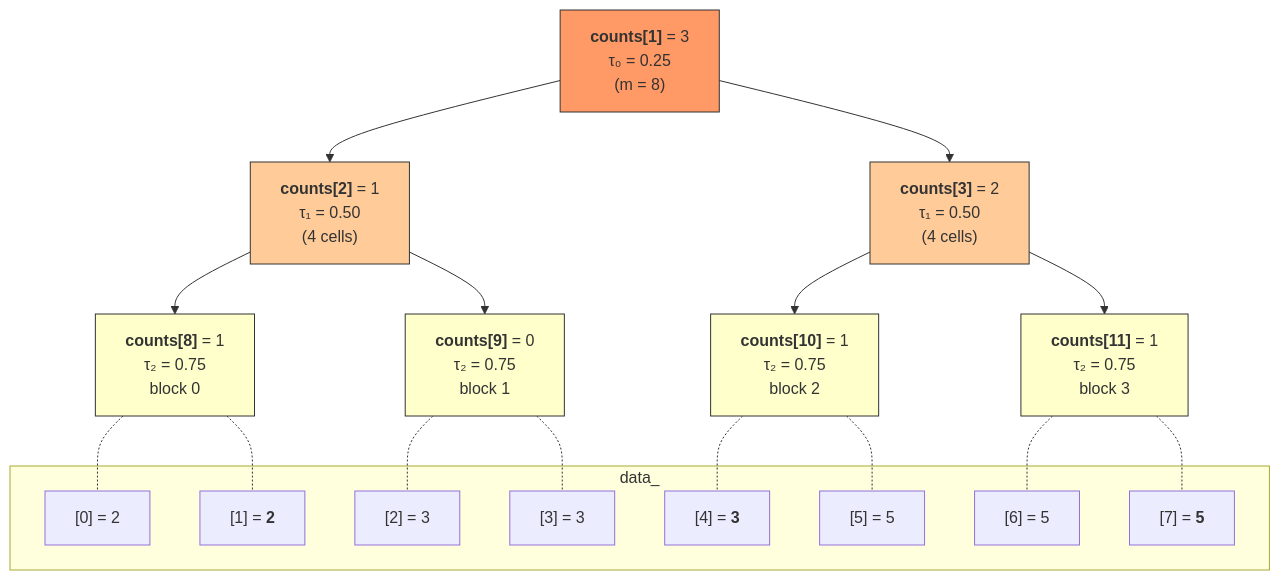
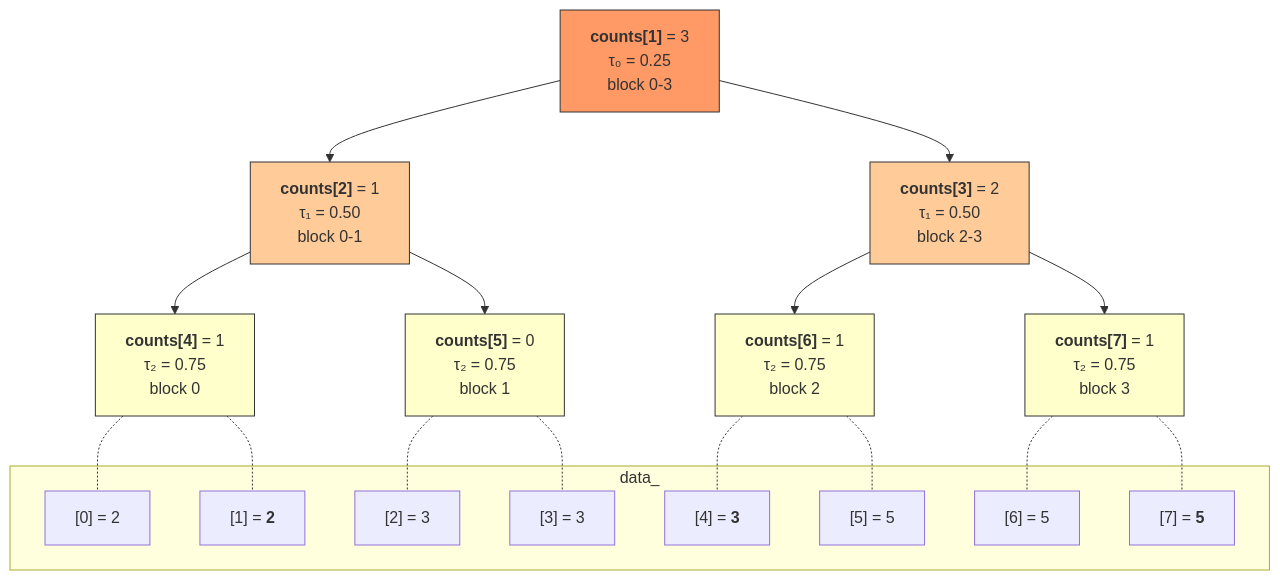
One commit to axiomofchoice-hjt/TCS-Algorithms changed the diagram in docs/assets/07c6a5-1.mmd. Above: the diagram before and after it, drawn with Mermaid.

Commit message:
fix: correct segment tree indices and add block ranges in mmd diagram

```diff
--- a/docs/assets/07c6a5-1.mmd
+++ b/docs/assets/07c6a5-1.mmd
@@ -1,40 +1,40 @@
 graph TD
-    R["<b>counts[1]</b> = 3<br/>τ₀ = 0.25<br/>(m = 8)"]:::root
+    R["<b>counts[1]</b> = 3<br/>τ₀ = 0.25<br/>block 0-3"]:::root
 
-    N2["<b>counts[2]</b> = 1<br/>τ₁ = 0.50<br/>(4 cells)"]:::internal
-    N3["<b>counts[3]</b> = 2<br/>τ₁ = 0.50<br/>(4 cells)"]:::internal
+    N2["<b>counts[2]</b> = 1<br/>τ₁ = 0.50<br/>block 0-1"]:::internal
+    N3["<b>counts[3]</b> = 2<br/>τ₁ = 0.50<br/>block 2-3"]:::internal
 
-    L0["<b>counts[8]</b> = 1<br/>τ₂ = 0.75<br/>block 0"]:::leaf
-    L1["<b>counts[9]</b> = 0<br/>τ₂ = 0.75<br/>block 1"]:::leaf
-    L2["<b>counts[10]</b> = 1<br/>τ₂ = 0.75<br/>block 2"]:::leaf
-    L3["<b>counts[11]</b> = 1<br/>τ₂ = 0.75<br/>block 3"]:::leaf
+    L0["<b>counts[4]</b> = 1<br/>τ₂ = 0.75<br/>block 0"]:::leaf
+    L1["<b>counts[5]</b> = 0<br/>τ₂ = 0.75<br/>block 1"]:::leaf
+    L2["<b>counts[6]</b> = 1<br/>τ₂ = 0.75<br/>block 2"]:::leaf
+    L3["<b>counts[7]</b> = 1<br/>τ₂ = 0.75<br/>block 3"]:::leaf
 
     subgraph table["data_"]
         T0["[0] = 2"]
         T1["[1] = <b>2</b>"]
         T2["[2] = 3"]
         T3["[3] = 3"]
         T4["[4] = <b>3</b>"]
         T5["[5] = 5"]
         T6["[6] = 5"]
         T7["[7] = <b>5</b>"]
     end
 
     R --> N2
     R --> N3
     N2 --> L0
     N2 --> L1
     N3 --> L2
     N3 --> L3
     L0 -.- T0
     L0 -.- T1
     L1 -.- T2
     L1 -.- T3
     L2 -.- T4
     L2 -.- T5
     L3 -.- T6
     L3 -.- T7
 
     classDef root fill:#f96,stroke:#333
     classDef internal fill:#fc9,stroke:#333
     classDef leaf fill:#ffc,stroke:#333
```
